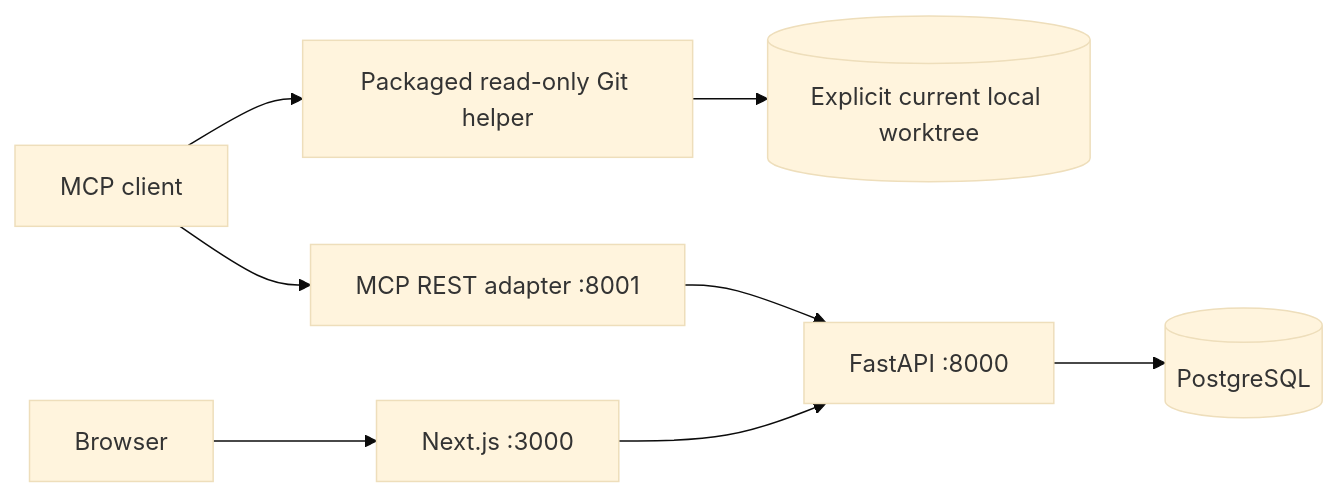
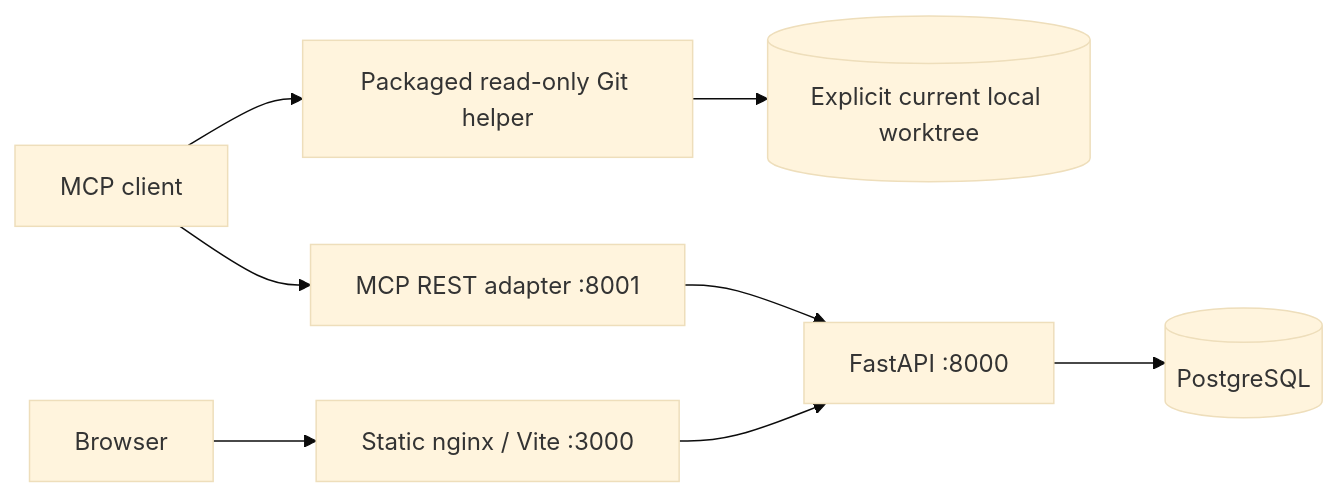
The second of 2 diagrams in docs/architecture.md (RightBrain-Networks/mnemonic), drawn with Mermaid (base theme) before and after one commit. The commit also changed other lines of this file and 135 other files, not shown here.

First line of the commit message:
Cut over the dashboard to Vite and static delivery (#151)

````diff
--- a/docs/architecture.md
+++ b/docs/architecture.md
@@ -336,10 +336,10 @@
 ```mermaid
 flowchart LR
     Agent[MCP client] --> MCP[MCP REST adapter :8001]
     Agent --> Helper[Packaged read-only Git helper]
     Helper --> Repo[(Explicit current local worktree)]
     MCP --> API[FastAPI :8000]
-    User[Browser] --> Web[Next.js :3000]
+    User[Browser] --> Web[Static nginx / Vite :3000]
     Web --> API
     API --> DB[(PostgreSQL)]
 ```
````
